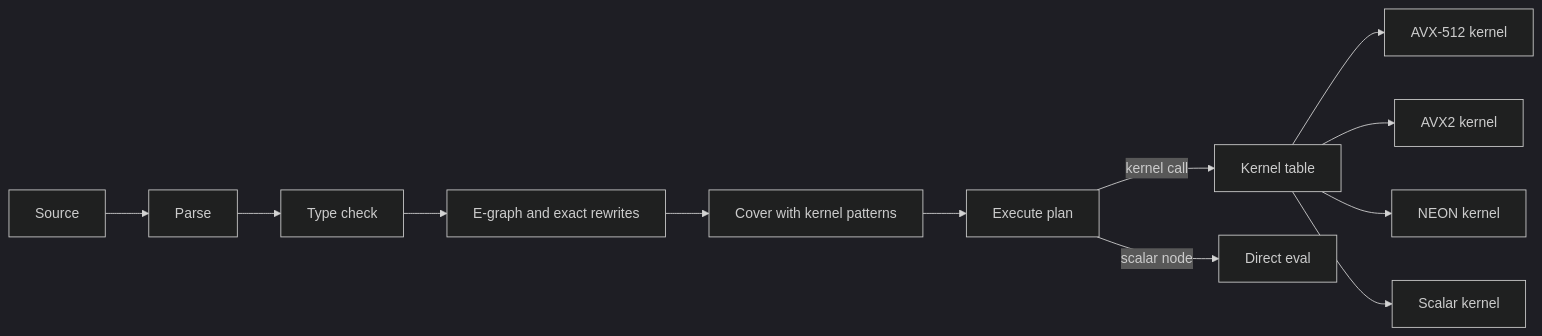
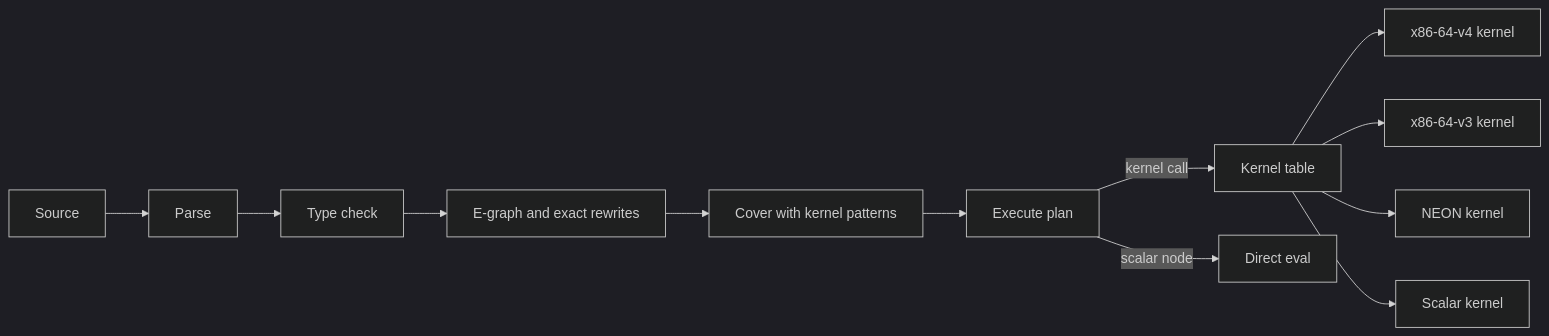
Before and after one commit to antiguru/verkehrt: the diagram in docs/superpowers/specs/2026-10-30-verkehrt-design.md, drawn with Mermaid (dark theme). The commit also changed other lines of this file and 66 other files, not shown here.

````diff
--- a/docs/superpowers/specs/2026-10-30-verkehrt-design.md
+++ b/docs/superpowers/specs/2026-10-30-verkehrt-design.md
@@ -46,11 +46,11 @@
 ```mermaid
 flowchart LR
   src[Source] --> parse[Parse] --> check[Type check] --> egraph[E-graph and exact rewrites]
   egraph --> extract[Cover with kernel patterns] --> exec[Execute plan]
   exec -->|kernel call| table[Kernel table]
-  table --> k1[AVX-512 kernel]
-  table --> k2[AVX2 kernel]
+  table --> k1[x86-64-v4 kernel]
+  table --> k2[x86-64-v3 kernel]
   table --> k3[NEON kernel]
   table --> k4[Scalar kernel]
   exec -->|scalar node| eval[Direct eval]
 ```
````
